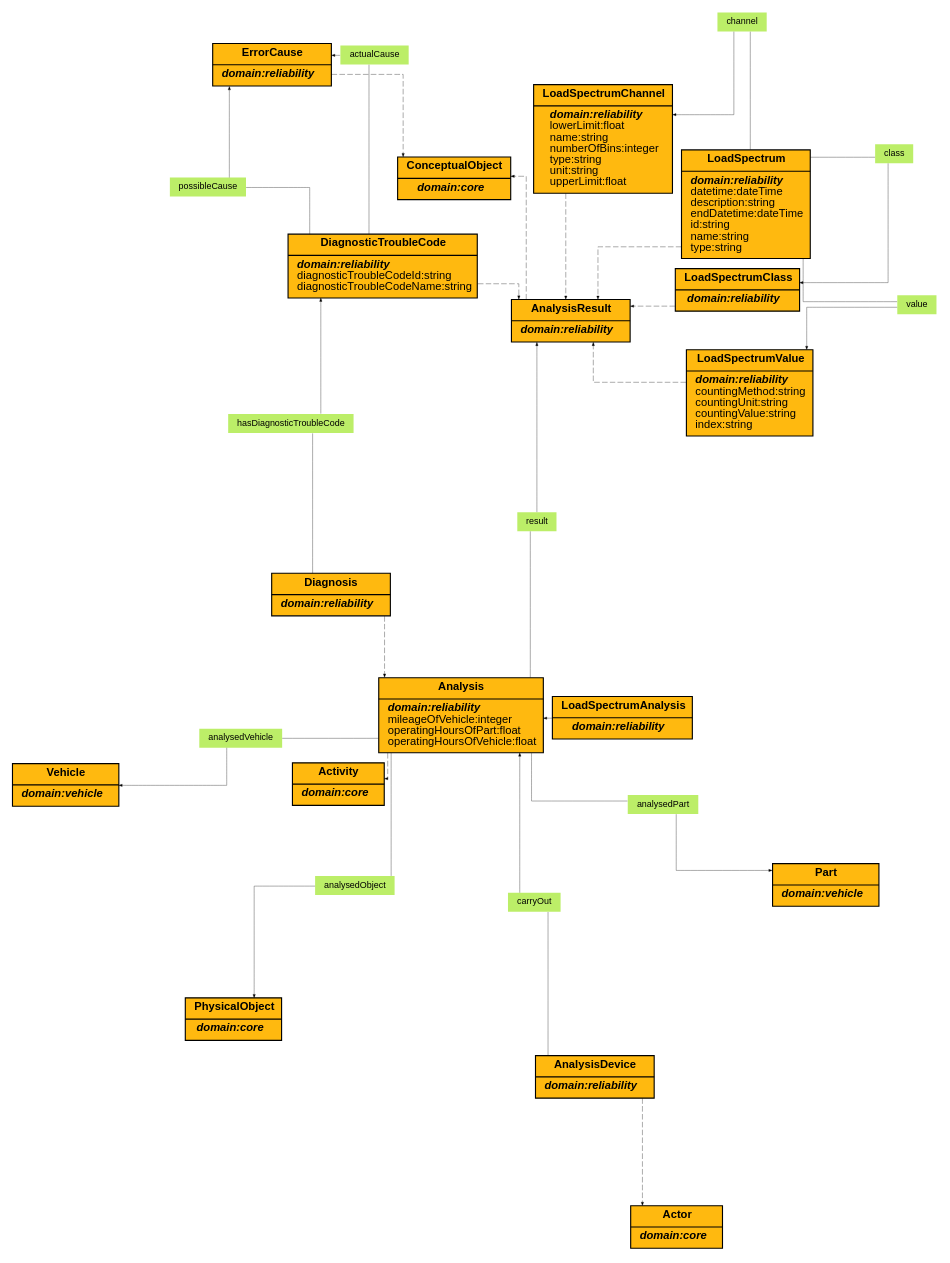
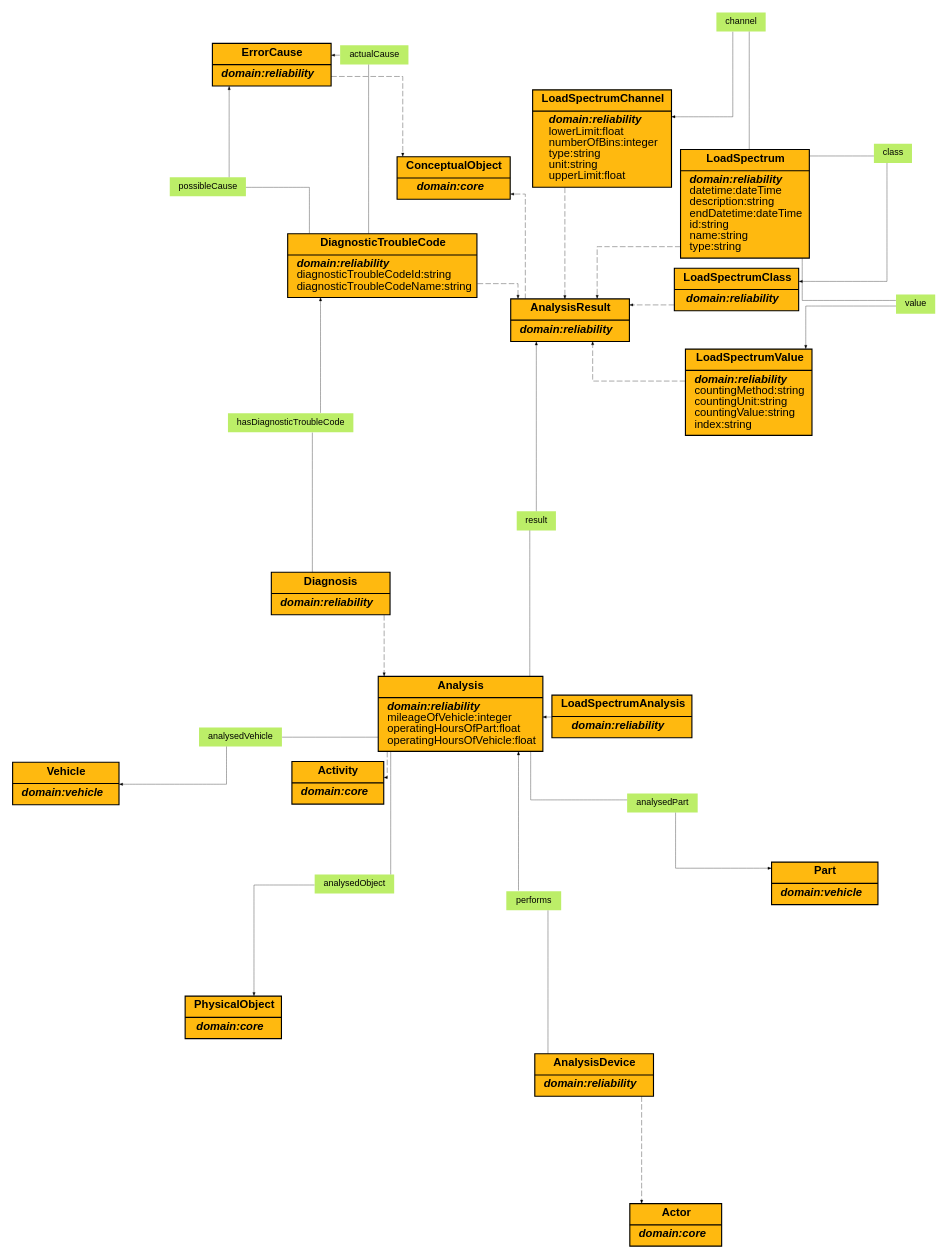
One commit to eclipse-tractusx/sldt-ontology-model changed the diagram in docs/images/reliability_ontology.gv. Above: the diagram before and after it, drawn with Graphviz. The commit also changed 12 other files, not shown here.

```diff
--- a/docs/images/reliability_ontology.gv
+++ b/docs/images/reliability_ontology.gv
@@ -1,66 +1,66 @@
 digraph reliability_ontology {
 	graph [fontname="Helvetica,Arial,sans-serif" fontsize=10 layout=neato overlap=false splines=ortho]
 	node [fillcolor=darkgoldenrod1 fontname="Helvetica,Arial,sans-serif" fontsize=10 shape=record]
 	edge [arrowsize=0.3 fontname="Helvetica,Arial,sans-serif" fontsize=10 penwidth=0.3]
 	Activity [label=<{<b>Activity</b> | <i><b> domain:core</b></i> <br align="left"/>}> style=filled]
 	Actor [label=<{<b>Actor</b> | <i><b> domain:core</b></i> <br align="left"/>}> style=filled]
 	PhysicalObject [label=<{<b>PhysicalObject</b> | <i><b> domain:core</b></i> <br align="left"/>}> style=filled]
 	ConceptualObject [label=<{<b>ConceptualObject</b> | <i><b> domain:core</b></i> <br align="left"/>}> style=filled]
 	Part [label=<{<b>Part</b> | <i><b> domain:vehicle</b></i> <br align="left"/>}> style=filled]
 	Vehicle [label=<{<b>Vehicle</b> | <i><b> domain:vehicle</b></i> <br align="left"/>}> style=filled]
 	Analysis [label=<{<b>Analysis</b> | <i><b> domain:reliability</b></i> <br align="left"/>mileageOfVehicle:integer<br align="left"/>operatingHoursOfPart:float<br align="left"/>operatingHoursOfVehicle:float<br align="left"/>}> style=filled]
 	AnalysisDevice [label=<{<b>AnalysisDevice</b> | <i><b> domain:reliability</b></i> <br align="left"/>}> style=filled]
 	AnalysisResult [label=<{<b>AnalysisResult</b> | <i><b> domain:reliability</b></i> <br align="left"/>}> style=filled]
 	Diagnosis [label=<{<b>Diagnosis</b> | <i><b> domain:reliability</b></i> <br align="left"/>}> style=filled]
 	DiagnosticTroubleCode [label=<{<b>DiagnosticTroubleCode</b> | <i><b> domain:reliability</b></i> <br align="left"/>diagnosticTroubleCodeId:string<br align="left"/>diagnosticTroubleCodeName:string<br align="left"/>}> style=filled]
 	ErrorCause [label=<{<b>ErrorCause</b> | <i><b> domain:reliability</b></i> <br align="left"/>}> style=filled]
 	LoadSpectrum [label=<{<b>LoadSpectrum</b> | <i><b> domain:reliability</b></i> <br align="left"/>datetime:dateTime<br align="left"/>description:string<br align="left"/>endDatetime:dateTime<br align="left"/>id:string<br align="left"/>name:string<br align="left"/>type:string<br align="left"/>}> style=filled]
 	LoadSpectrumAnalysis [label=<{<b>LoadSpectrumAnalysis</b> | <i><b> domain:reliability</b></i> <br align="left"/>}> style=filled]
-	LoadSpectrumChannel [label=<{<b>LoadSpectrumChannel</b> | <i><b> domain:reliability</b></i> <br align="left"/>lowerLimit:float<br align="left"/>name:string<br align="left"/>numberOfBins:integer<br align="left"/>type:string<br align="left"/>unit:string<br align="left"/>upperLimit:float<br align="left"/>}> style=filled]
+	LoadSpectrumChannel [label=<{<b>LoadSpectrumChannel</b> | <i><b> domain:reliability</b></i> <br align="left"/>lowerLimit:float<br align="left"/>numberOfBins:integer<br align="left"/>type:string<br align="left"/>unit:string<br align="left"/>upperLimit:float<br align="left"/>}> style=filled]
 	LoadSpectrumClass [label=<{<b>LoadSpectrumClass</b> | <i><b> domain:reliability</b></i> <br align="left"/>}> style=filled]
 	LoadSpectrumValue [label=<{<b>LoadSpectrumValue</b> | <i><b> domain:reliability</b></i> <br align="left"/>countingMethod:string<br align="left"/>countingUnit:string<br align="left"/>countingValue:string<br align="left"/>index:string<br align="left"/>}> style=filled]
 	actualCause [label=actualCause fillcolor=darkolivegreen2 fontsize=8 height=0 shape=plaintext style=filled width=0]
 	analysedObject [label=analysedObject fillcolor=darkolivegreen2 fontsize=8 height=0 shape=plaintext style=filled width=0]
 	analysedPart [label=analysedPart fillcolor=darkolivegreen2 fontsize=8 height=0 shape=plaintext style=filled width=0]
 	analysedVehicle [label=analysedVehicle fillcolor=darkolivegreen2 fontsize=8 height=0 shape=plaintext style=filled width=0]
-	carryOut [label=carryOut fillcolor=darkolivegreen2 fontsize=8 height=0 shape=plaintext style=filled width=0]
+	performs [label=performs fillcolor=darkolivegreen2 fontsize=8 height=0 shape=plaintext style=filled width=0]
 	channel [label=channel fillcolor=darkolivegreen2 fontsize=8 height=0 shape=plaintext style=filled width=0]
 	class [label=class fillcolor=darkolivegreen2 fontsize=8 height=0 shape=plaintext style=filled width=0]
 	hasDiagnosticTroubleCode [label=hasDiagnosticTroubleCode fillcolor=darkolivegreen2 fontsize=8 height=0 shape=plaintext style=filled width=0]
 	possibleCause [label=possibleCause fillcolor=darkolivegreen2 fontsize=8 height=0 shape=plaintext style=filled width=0]
 	result [label=result fillcolor=darkolivegreen2 fontsize=8 height=0 shape=plaintext style=filled width=0]
 	value [label=value fillcolor=darkolivegreen2 fontsize=8 height=0 shape=plaintext style=filled width=0]
 	DiagnosticTroubleCode -> actualCause [arrowhead=none]
 	actualCause -> ErrorCause
 	Analysis -> analysedObject [arrowhead=none]
 	analysedObject -> PhysicalObject
 	Analysis -> analysedPart [arrowhead=none]
 	analysedPart -> Part
 	Analysis -> analysedVehicle [arrowhead=none]
 	analysedVehicle -> Vehicle
-	AnalysisDevice -> carryOut [arrowhead=none]
-	carryOut -> Analysis
+	AnalysisDevice -> performs [arrowhead=none]
+	performs -> Analysis
 	LoadSpectrum -> channel [arrowhead=none]
 	channel -> LoadSpectrumChannel
 	LoadSpectrum -> class [arrowhead=none]
 	class -> LoadSpectrumClass
 	Diagnosis -> hasDiagnosticTroubleCode [arrowhead=none]
 	hasDiagnosticTroubleCode -> DiagnosticTroubleCode
 	DiagnosticTroubleCode -> possibleCause [arrowhead=none]
 	possibleCause -> ErrorCause
 	Analysis -> result [arrowhead=none]
 	result -> AnalysisResult
 	LoadSpectrum -> value [arrowhead=none]
 	value -> LoadSpectrumValue
 	Analysis -> Activity [style=dashed]
 	AnalysisDevice -> Actor [style=dashed]
 	AnalysisResult -> ConceptualObject [style=dashed]
 	ErrorCause -> ConceptualObject [style=dashed]
 	Diagnosis -> Analysis [style=dashed]
 	LoadSpectrumAnalysis -> Analysis [style=dashed]
 	DiagnosticTroubleCode -> AnalysisResult [style=dashed]
 	LoadSpectrum -> AnalysisResult [style=dashed]
 	LoadSpectrumChannel -> AnalysisResult [style=dashed]
 	LoadSpectrumClass -> AnalysisResult [style=dashed]
 	LoadSpectrumValue -> AnalysisResult [style=dashed]
 }
```
